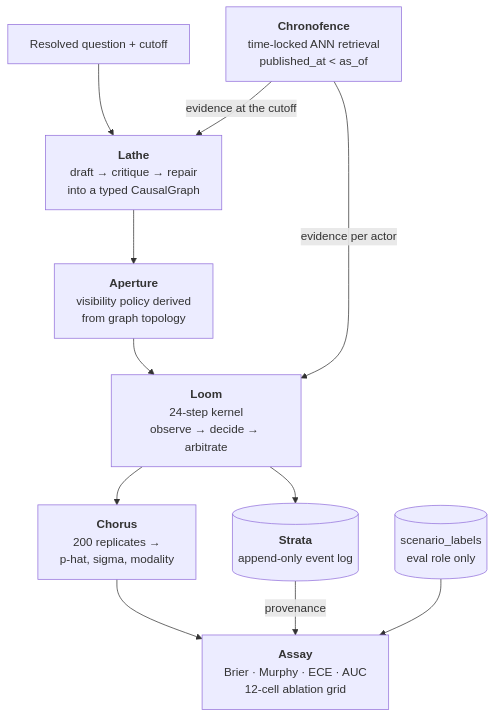
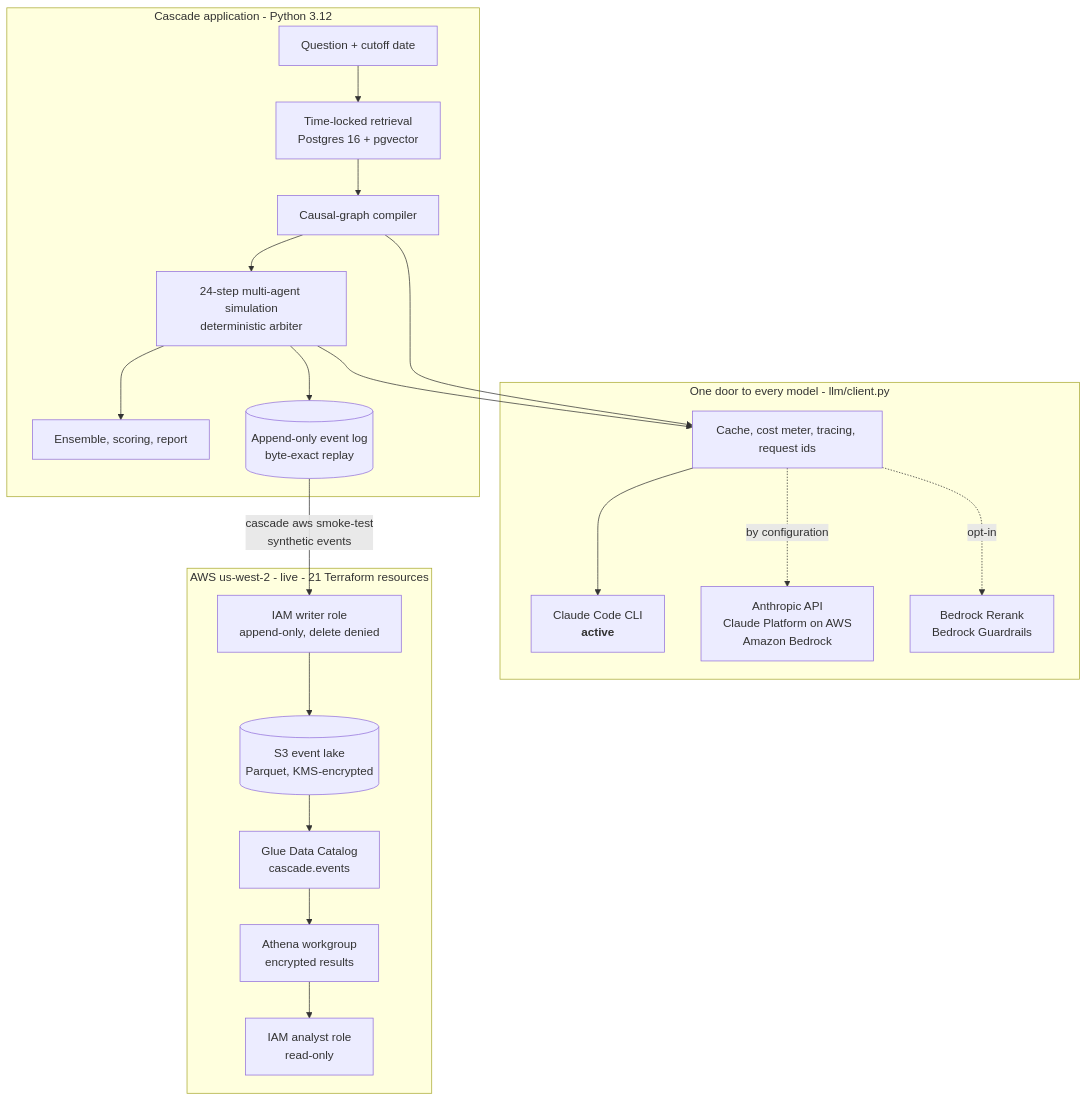
Before and after one commit to harshkvpatil98/hindcast: the diagram in README.md, drawn with Mermaid. The commit also changed other lines of this file and 96 other files, not shown here.

````diff
--- a/README.md
+++ b/README.md
@@ -97,13 +91,28 @@
 ```mermaid
-flowchart TD
-  Q["Resolved question + cutoff"] --> L["<b>Lathe</b><br/>draft → critique → repair<br/>into a typed CausalGraph"]
-  C["<b>Chronofence</b><br/>time-locked ANN retrieval<br/>published_at &lt; as_of"] -->|"evidence at the cutoff"| L
-  L --> A["<b>Aperture</b><br/>visibility policy derived<br/>from graph topology"]
-  A --> K["<b>Loom</b><br/>24-step kernel<br/>observe → decide → arbitrate"]
-  C -->|"evidence per actor"| K
-  K --> E[("<b>Strata</b><br/>append-only event log")]
-  K --> CH["<b>Chorus</b><br/>200 replicates →<br/>p-hat, sigma, modality"]
-  CH --> AS["<b>Assay</b><br/>Brier · Murphy · ECE · AUC<br/>12-cell ablation grid"]
-  E -->|"provenance"| AS
-  LB[("scenario_labels<br/>eval role only")] --> AS
+flowchart TB
+  subgraph APP["Cascade application - Python 3.12"]
+    Q["Question + cutoff date"] --> R["Time-locked retrieval<br/>Postgres 16 + pgvector"]
+    R --> G["Causal-graph compiler"]
+    G --> SIM["24-step multi-agent simulation<br/>deterministic arbiter"]
+    SIM --> EV["Ensemble, scoring, report"]
+    SIM --> LOG[("Append-only event log<br/>byte-exact replay")]
+  end
+
+  subgraph LLM["One door to every model - llm/client.py"]
+    DOOR["Cache, cost meter, tracing, request ids"]
+    DOOR --> CLI["Claude Code CLI<br/><b>active</b>"]
+    DOOR -. "by configuration" .-> ALT["Anthropic API<br/>Claude Platform on AWS<br/>Amazon Bedrock"]
+    DOOR -. "opt-in" .-> RG["Bedrock Rerank<br/>Bedrock Guardrails"]
+  end
+
+  subgraph AWS["AWS us-west-2 - live - 21 Terraform resources"]
+    W["IAM writer role<br/>append-only, delete denied"] --> S3[("S3 event lake<br/>Parquet, KMS-encrypted")]
+    S3 --> GL["Glue Data Catalog<br/>cascade.events"]
+    GL --> ATH["Athena workgroup<br/>encrypted results"]
+    ATH --> AN["IAM analyst role<br/>read-only"]
+  end
+
+  G --> DOOR
+  SIM --> DOOR
+  LOG -->|"cascade aws smoke-test<br/>synthetic events"| W
 ```
````
